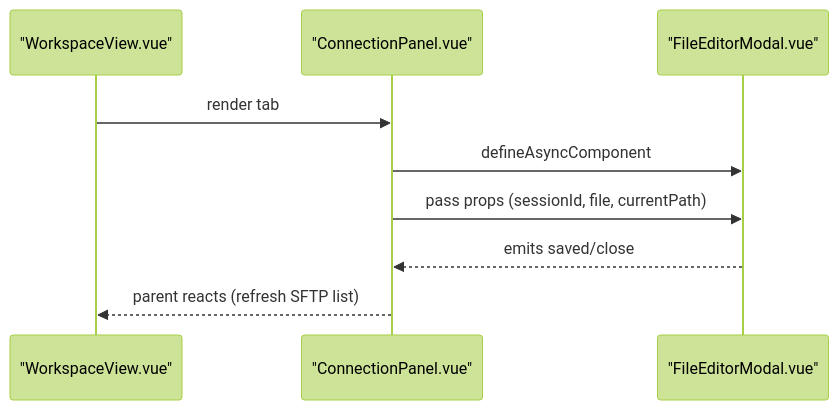
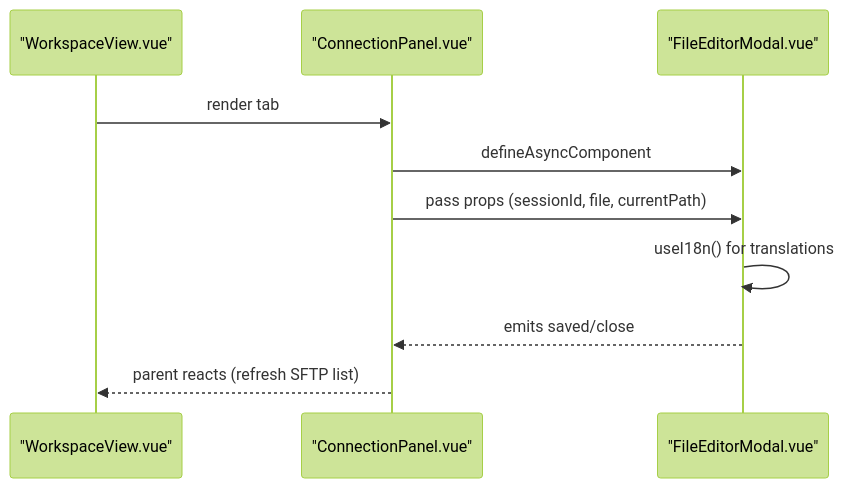
Before and after one commit to alickjoe/webterm: the ninth of 11 diagrams in .qoder/repowiki/en/content/Frontend Application Architecture/Vue.js Application Structure.md, drawn with Mermaid (forest theme). The commit also changed other lines of this file and 3 other files, not shown here.

First line of the commit message:
docs(architecture): 更新架构概览文档内容排版和格式

````diff
--- a/.qoder/repowiki/en/content/Frontend Application Architecture/Vue.js Application Structure.md
+++ b/.qoder/repowiki/en/content/Frontend Application Architecture/Vue.js Application Structure.md
@@ -385,11 +491,12 @@
 ```mermaid
 sequenceDiagram
 participant WV as "WorkspaceView.vue"
 participant CP as "ConnectionPanel.vue"
 participant FEM as "FileEditorModal.vue"
 WV->>CP : render tab
 CP->>FEM : defineAsyncComponent
 CP->>FEM : pass props (sessionId, file, currentPath)
+FEM->>FEM : useI18n() for translations
 FEM-->>CP : emits saved/close
 CP-->>WV : parent reacts (refresh SFTP list)
 ```
````
